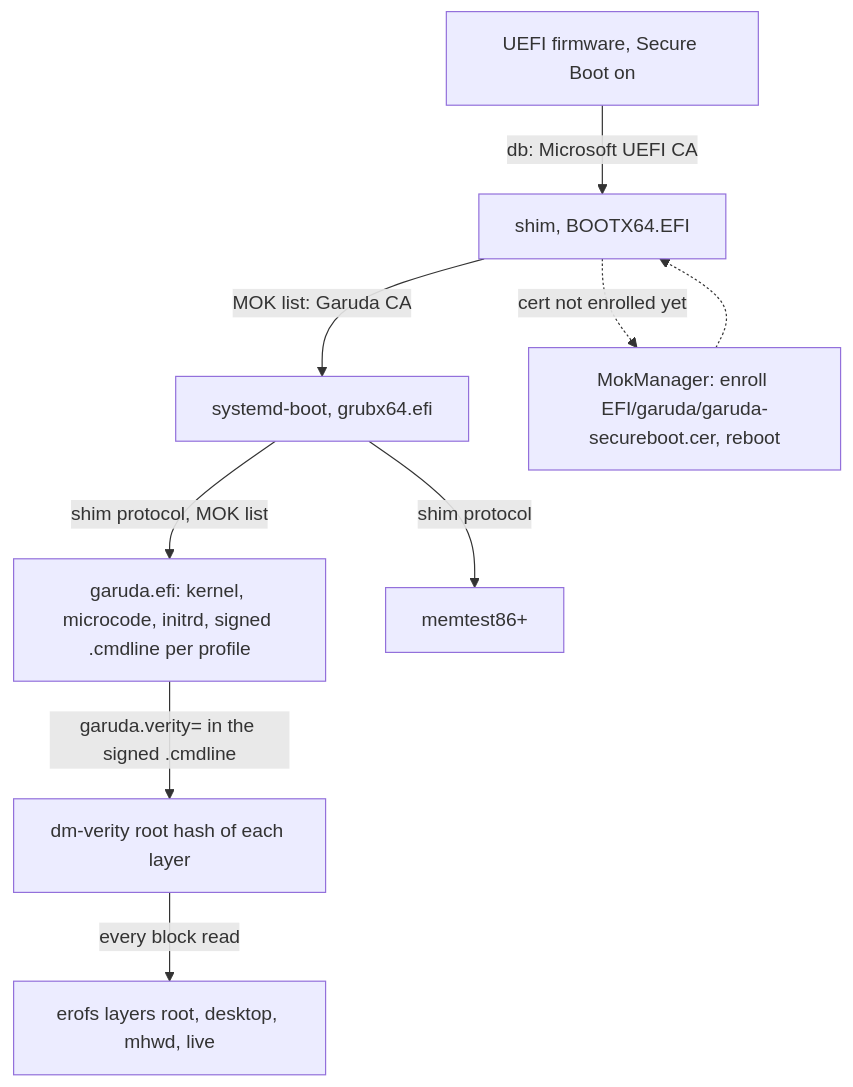
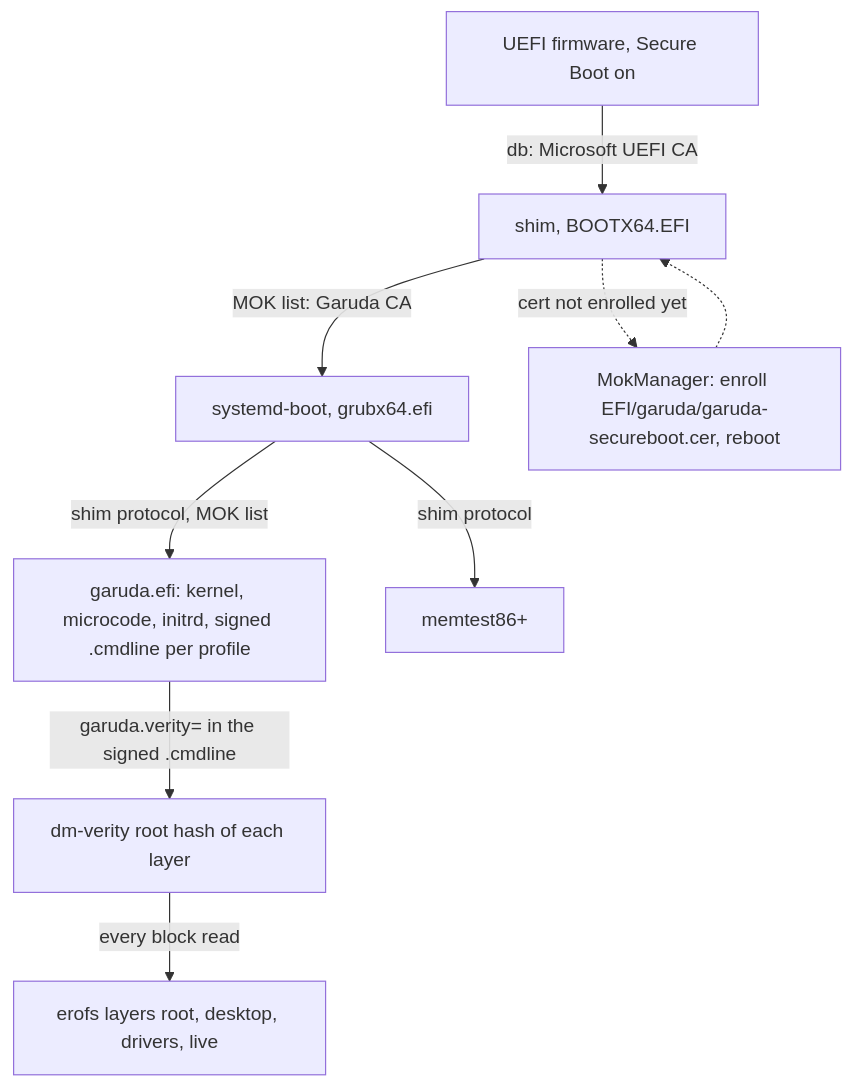
Before and after one commit to garuda-linux/image-builder: the fourth of 4 diagrams in docs/architecture.md, drawn with Mermaid. The commit also changed other lines of this file and 25 other files, not shown here.

Commit message:
chore(layers): mhwd -> drivers

````diff
--- a/docs/architecture.md
+++ b/docs/architecture.md
@@ -206,11 +206,11 @@
 ```mermaid
 flowchart TD
   fw[UEFI firmware, Secure Boot on] -->|db: Microsoft UEFI CA| shim[shim, BOOTX64.EFI]
   shim -->|MOK list: Garuda CA| sdb[systemd-boot, grubx64.efi]
   shim -. cert not enrolled yet .-> mm[MokManager: enroll EFI/garuda/garuda-secureboot.cer, reboot]
   mm -.-> shim
   sdb -->|shim protocol, MOK list| uki[garuda.efi: kernel, microcode, initrd, signed .cmdline per profile]
   sdb -->|shim protocol| mt[memtest86+]
   uki -->|garuda.verity= in the signed .cmdline| vt[dm-verity root hash of each layer]
-  vt -->|every block read| layers[erofs layers root, desktop, mhwd, live]
+  vt -->|every block read| layers[erofs layers root, desktop, drivers, live]
 ```
````
